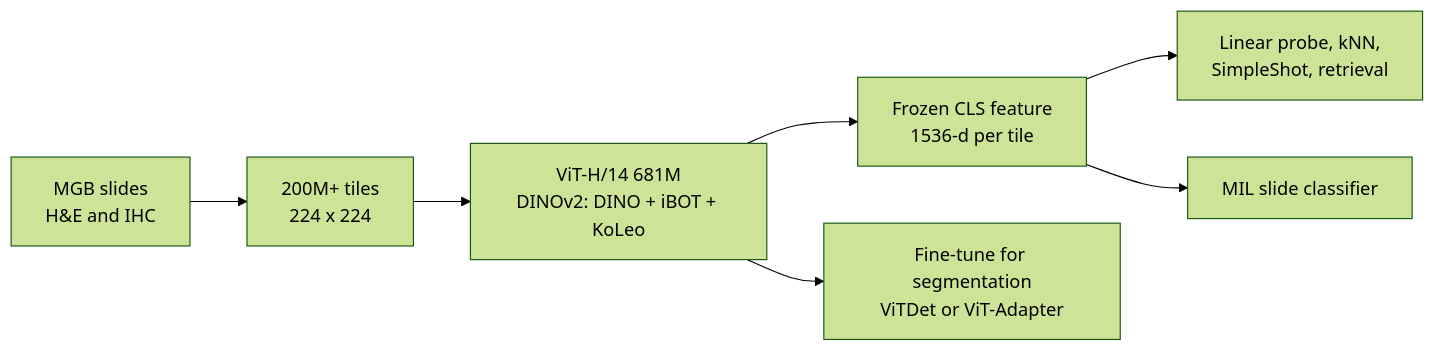
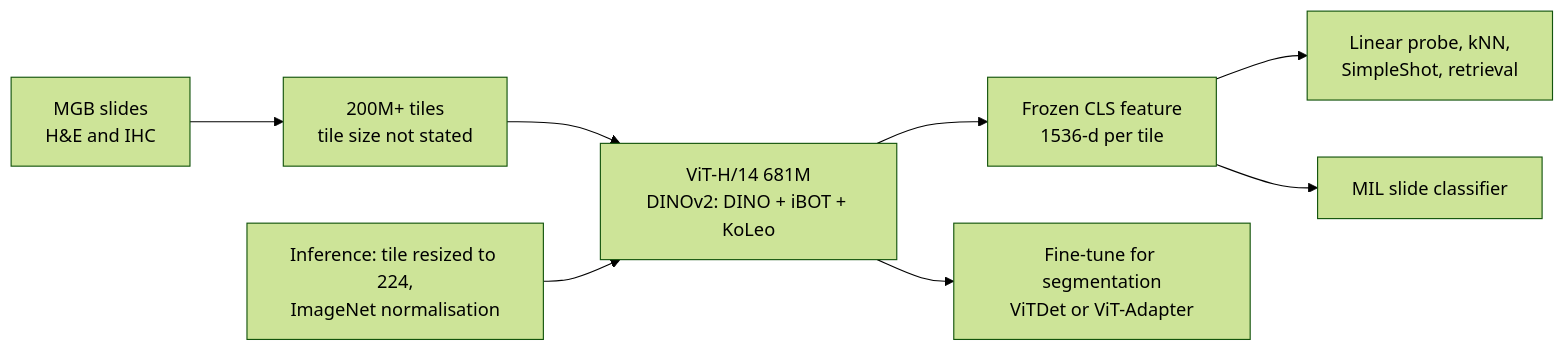
The diagram in docs/papers/uni2-h-model/index.md (jasonjin34/Medical_reading_material), drawn with Mermaid (forest theme) before and after one commit. The commit also changed other lines of this file and 525 other files, not shown here.

````diff
--- a/docs/papers/uni2-h-model/index.md
+++ b/docs/papers/uni2-h-model/index.md
@@ -30,9 +30,10 @@
 ```mermaid
 flowchart LR
-  A["MGB slides<br/>H&E and IHC"] --> B["200M+ tiles<br/>224 x 224"]
+  A["MGB slides<br/>H&E and IHC"] --> B["200M+ tiles<br/>tile size not stated"]
   B --> C["ViT-H/14 681M<br/>DINOv2: DINO + iBOT + KoLeo"]
+  I["Inference: tile resized to 224,<br/>ImageNet normalisation"] --> C
   C --> D["Frozen CLS feature<br/>1536-d per tile"]
   D --> E["Linear probe, kNN,<br/>SimpleShot, retrieval"]
   D --> F["MIL slide classifier"]
   C --> G["Fine-tune for segmentation<br/>ViTDet or ViT-Adapter"]
 ```
````
